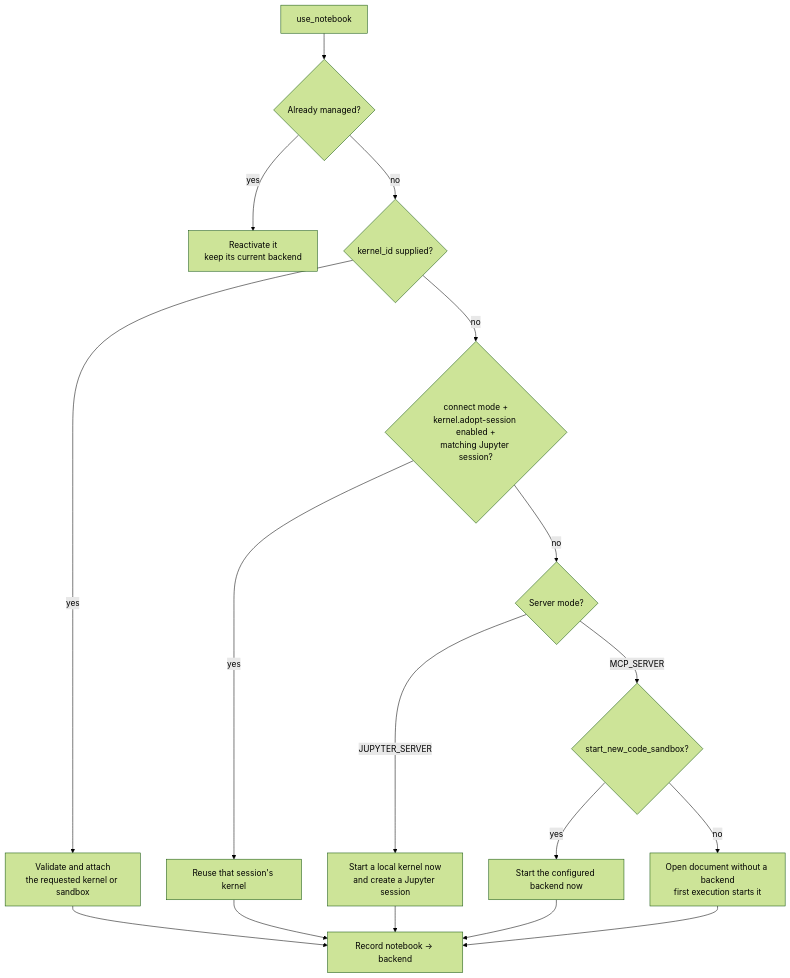
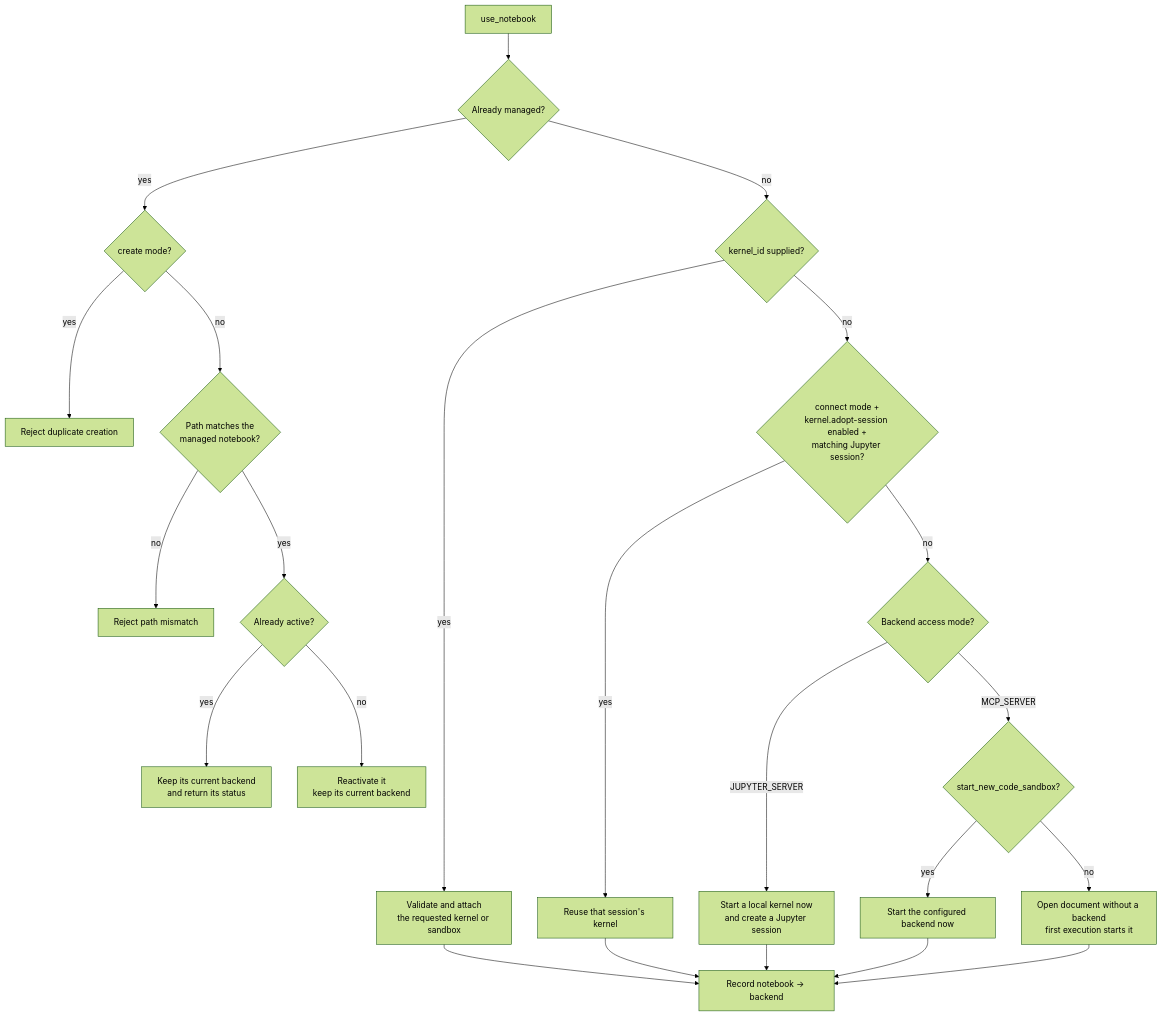
One commit to datalayer/jupyter-mcp-server changed the fourth of 4 diagrams in docs/docs/architecture/index.mdx. Above: the diagram before and after it, drawn with Mermaid (forest theme). The commit also changed other lines of this file and 19 other files, not shown here.

````diff
--- a/docs/docs/architecture/index.mdx
+++ b/docs/docs/architecture/index.mdx
@@ -135,22 +143,28 @@
 ```mermaid
 flowchart TD
     start["use_notebook"] --> known{"Already managed?"}
-    known -- "yes" --> reactivate["Reactivate it<br/>keep its current backend"]
+    known -- "yes" --> createAgain{"create mode?"}
+    createAgain -- "yes" --> duplicateError["Reject duplicate creation"]
+    createAgain -- "no" --> pathMatches{"Path matches the<br/>managed notebook?"}
+    pathMatches -- "no" --> pathError["Reject path mismatch"]
+    pathMatches -- "yes" --> active{"Already active?"}
+    active -- "yes" --> keep["Keep its current backend<br/>and return its status"]
+    active -- "no" --> reactivate["Reactivate it<br/>keep its current backend"]
     known -- "no" --> explicit{"kernel_id supplied?"}
 
     explicit -- "yes" --> attach["Validate and attach<br/>the requested kernel or sandbox"]
     explicit -- "no" --> adopt{"connect mode +<br/>kernel.adopt-session enabled +<br/>matching Jupyter session?"}
     adopt -- "yes" --> reuse["Reuse that session's kernel"]
-    adopt -- "no" --> mode{"Server mode?"}
+    adopt -- "no" --> mode{"Backend access mode?"}
 
     mode -- "JUPYTER_SERVER" --> localKernel["Start a local kernel now<br/>and create a Jupyter session"]
     mode -- "MCP_SERVER" --> eager{"start_new_code_sandbox?"}
     eager -- "yes" --> startBackend["Start the configured backend now"]
     eager -- "no" --> lazy["Open document without a backend<br/>first execution starts it"]
 
     attach --> record["Record notebook → backend"]
     reuse --> record
     localKernel --> record
     startBackend --> record
     lazy --> record
 ```
````
